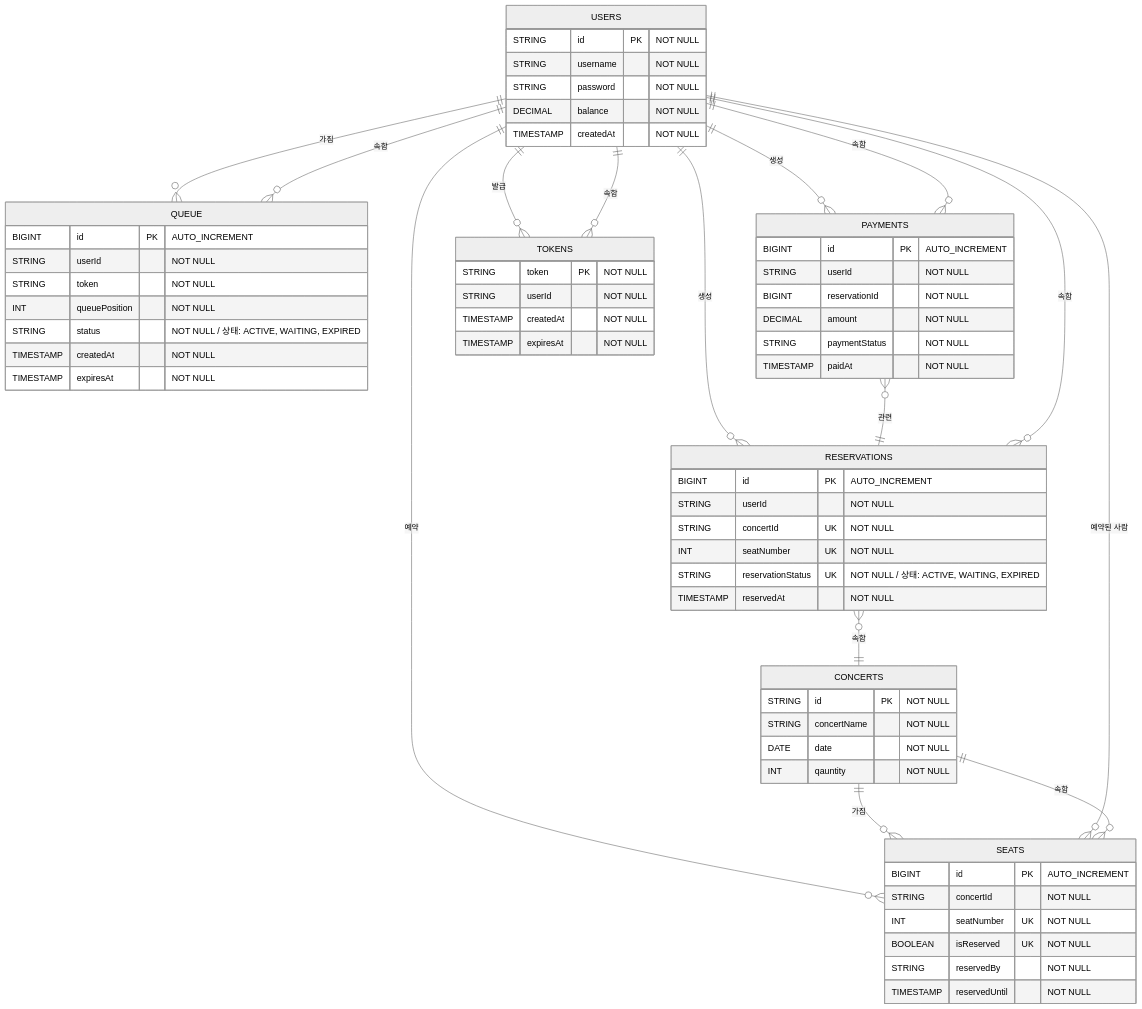
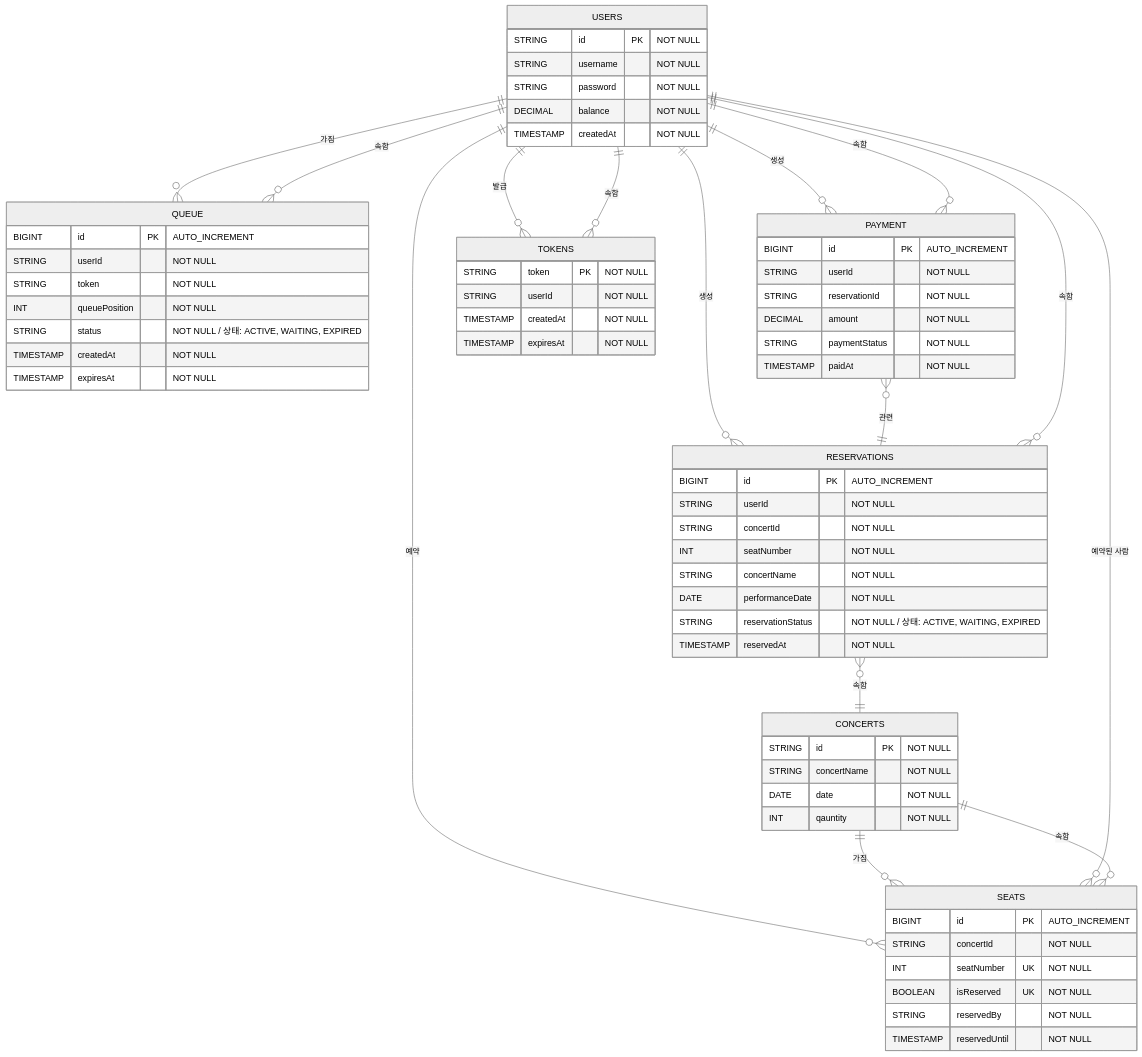
The ninth of 9 diagrams in README.md (ghwoo93/hhplus-concert-3week), drawn with Mermaid (neutral theme) before and after one commit. The commit also changed other lines of this file, not shown here.

````diff
--- a/README.md
+++ b/README.md
@@ -452,77 +455,79 @@
 ```mermaid
 erDiagram
     USERS {
         STRING id PK "NOT NULL"
         STRING username "NOT NULL"
         STRING password "NOT NULL"
         DECIMAL balance "NOT NULL"
         TIMESTAMP createdAt "NOT NULL"
     }
 
     CONCERTS {
         STRING id PK "NOT NULL"
         STRING concertName "NOT NULL"
         DATE date "NOT NULL"
         INT qauntity "NOT NULL"
     }
 
     QUEUE {
         BIGINT id PK "AUTO_INCREMENT"
         STRING userId "NOT NULL"
         STRING token "NOT NULL"
         INT queuePosition "NOT NULL"
         STRING status "NOT NULL / 상태: ACTIVE, WAITING, EXPIRED" 
         TIMESTAMP createdAt "NOT NULL"
         TIMESTAMP expiresAt "NOT NULL"
     }
 
     SEATS {
         BIGINT id PK "AUTO_INCREMENT"
         STRING concertId "NOT NULL"
         INT seatNumber UK "NOT NULL"
         BOOLEAN isReserved UK "NOT NULL"
         STRING reservedBy "NOT NULL"
         TIMESTAMP reservedUntil "NOT NULL"
     }
 
     RESERVATIONS {
         BIGINT id PK "AUTO_INCREMENT"
         STRING userId "NOT NULL"
-        STRING concertId UK "NOT NULL"
-        INT seatNumber UK "NOT NULL"
-        STRING reservationStatus UK "NOT NULL / 상태: ACTIVE, WAITING, EXPIRED"
+        STRING concertId "NOT NULL"
+        INT seatNumber "NOT NULL"
+        STRING concertName "NOT NULL"
+        DATE performanceDate "NOT NULL"
+        STRING reservationStatus "NOT NULL / 상태: ACTIVE, WAITING, EXPIRED"
         TIMESTAMP reservedAt "NOT NULL"
     }
 
-    PAYMENTS {
+    PAYMENT {
         BIGINT id PK "AUTO_INCREMENT"
         STRING userId "NOT NULL"
-        BIGINT reservationId "NOT NULL"
+        STRING reservationId "NOT NULL"
         DECIMAL amount "NOT NULL"
         STRING paymentStatus "NOT NULL"
         TIMESTAMP paidAt "NOT NULL"
     }
 
     TOKENS {
         STRING token PK "NOT NULL"
         STRING userId "NOT NULL"
         TIMESTAMP createdAt "NOT NULL"
         TIMESTAMP expiresAt "NOT NULL"
     }
 
     USERS ||--o{ QUEUE : "가짐"
     USERS ||--o{ RESERVATIONS : "생성"
-    USERS ||--o{ PAYMENTS : "생성"
+    USERS ||--o{ PAYMENT : "생성"
     USERS ||--o{ SEATS : "예약"
     USERS ||--o{ TOKENS : "발급"
 
     CONCERTS ||--o{ SEATS : "가짐"
     QUEUE }o--|| USERS : "속함"
     TOKENS }o--|| USERS : "속함"
     SEATS }o--|| USERS : "예약된 사람"
     SEATS }o--|| CONCERTS : "속함"
     RESERVATIONS }o--|| USERS : "속함"
     RESERVATIONS }o--|| CONCERTS : "속함"
-    PAYMENTS }o--|| USERS : "속함"
-    PAYMENTS }o--|| RESERVATIONS : "관련"
+    PAYMENT }o--|| USERS : "속함"
+    PAYMENT }o--|| RESERVATIONS : "관련"
 ```
````
